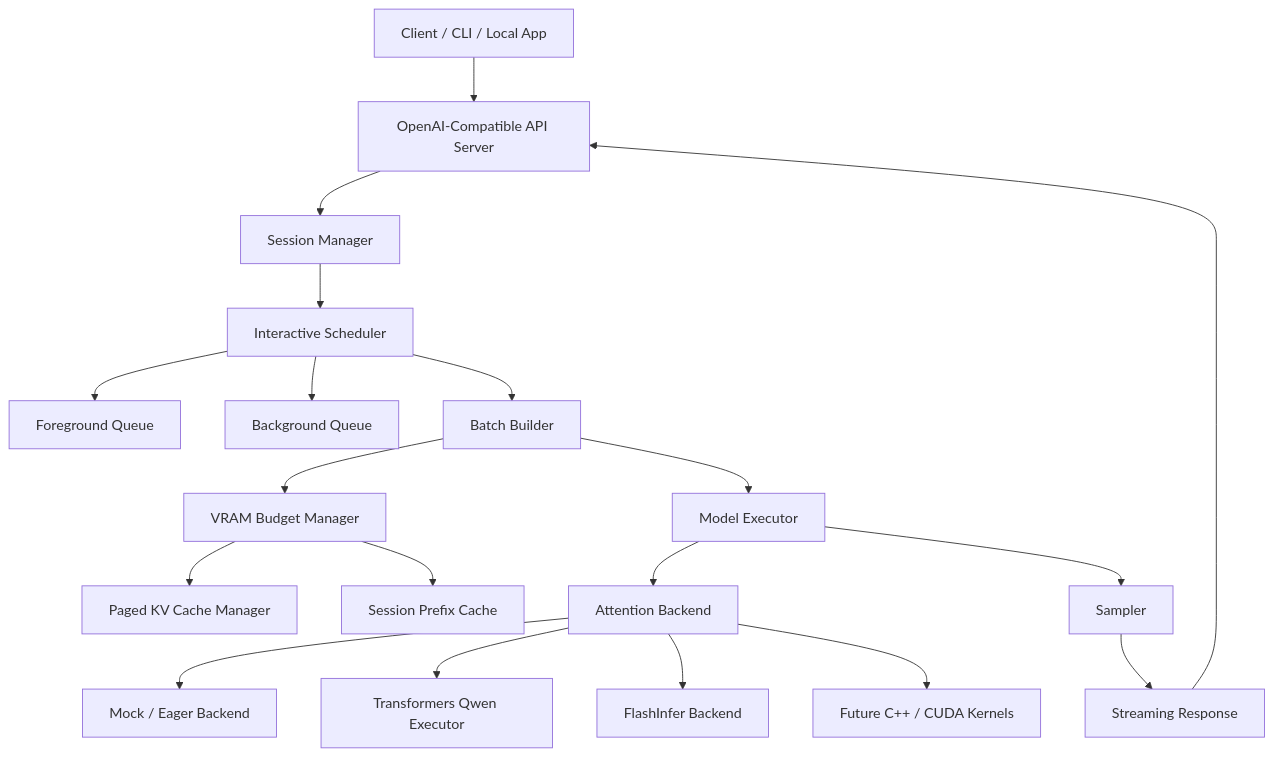
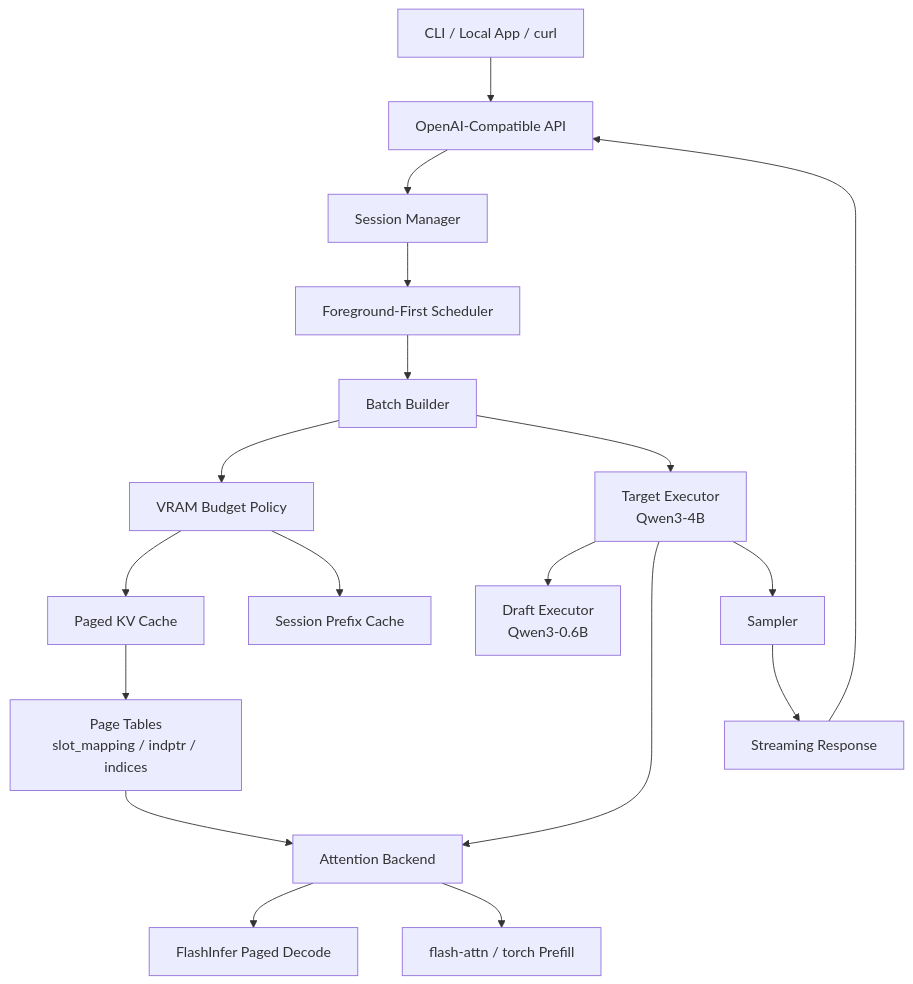
Before and after one commit to owen920831/SoloRT: the first of 3 diagrams in README.md, drawn with Mermaid. The commit also changed other lines of this file and 30 other files, not shown here.

First line of the commit message:
Refactor and enhance FlashInfer backend integration

````diff
--- a/README.md
+++ b/README.md
@@ -30,26 +30,22 @@
 ```mermaid
 flowchart TD
-    A[Client / CLI / Local App] --> B[OpenAI-Compatible API Server]
+    A[CLI / Local App / curl] --> B[OpenAI-Compatible API]
     B --> C[Session Manager]
-    C --> D[Interactive Scheduler]
+    C --> D[Foreground-First Scheduler]
+    D --> E[Batch Builder]
+    E --> F[VRAM Budget Policy]
+    F --> G[Paged KV Cache]
+    F --> H[Session Prefix Cache]
 
-    D --> E[Foreground Queue]
-    D --> F[Background Queue]
-    D --> G[Batch Builder]
+    E --> I[Target Executor<br/>Qwen3-4B]
+    I --> J[Draft Executor<br/>Qwen3-0.6B]
+    I --> K[Attention Backend]
+    K --> L[FlashInfer Paged Decode]
+    K --> M[flash-attn / torch Prefill]
 
-    G --> H[VRAM Budget Manager]
-    H --> I[Paged KV Cache Manager]
-    H --> J[Session Prefix Cache]
-
-    G --> K[Model Executor]
-    K --> L[Attention Backend]
-    K --> M[Sampler]
-
-    L --> N[Mock / Eager Backend]
-    L --> O[Transformers Qwen Executor]
-    L --> R[FlashInfer Backend]
-    L --> P[Future C++ / CUDA Kernels]
-
-    M --> Q[Streaming Response]
-    Q --> B
+    G --> N[Page Tables<br/>slot_mapping / indptr / indices]
+    N --> K
+    I --> O[Sampler]
+    O --> P[Streaming Response]
+    P --> B
 ```
````
